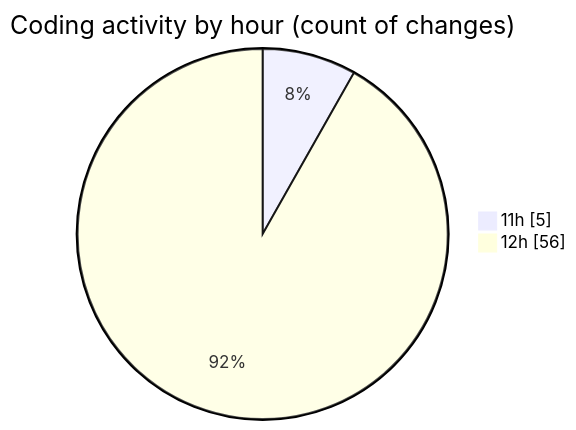
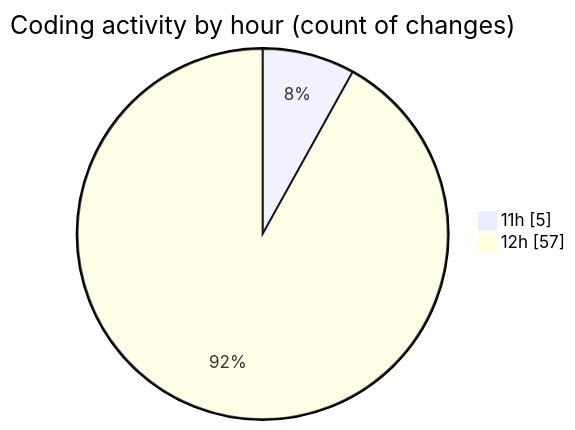
One commit to nxtqubesakshisongat/code-tracking changed the second of 2 diagrams in 2025-12-31/nxtqube_webapp/README.md. Above: the diagram before and after it, drawn with Mermaid. The commit also changed other lines of this file and 1 other file, not shown here.

````diff
--- a/2025-12-31/nxtqube_webapp/README.md
+++ b/2025-12-31/nxtqube_webapp/README.md
@@ -42,6 +42,6 @@
 ```mermaid
 pie showData
 title Coding activity by hour (count of changes)
 "11h" : 5
-"12h" : 56
+"12h" : 57
 ```
````
